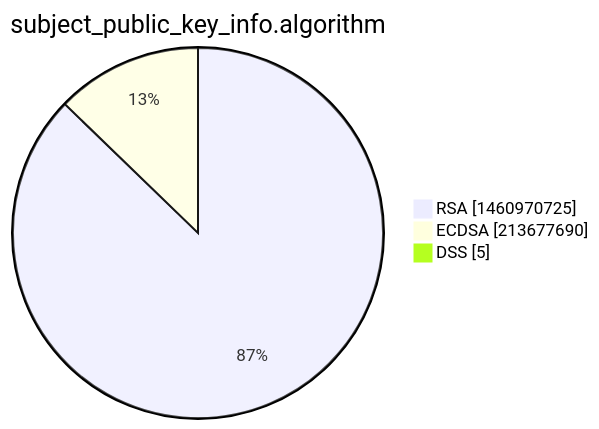
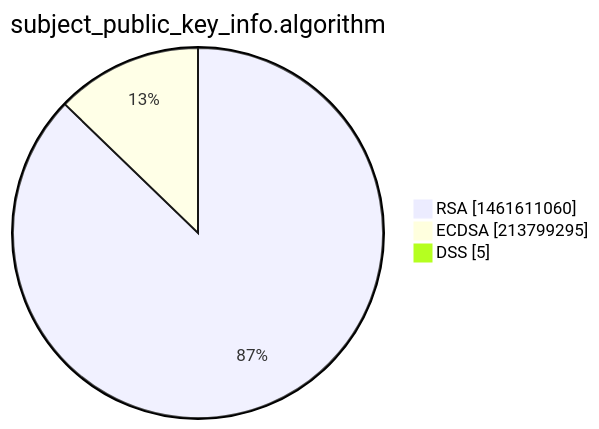
Before and after one commit to christiankrug/ctmonitor_visualization: the third of 15 diagrams in xenon2022/README.md, drawn with Mermaid. The commit also changed other lines of this file, not shown here.

````diff
--- a/xenon2022/README.md
+++ b/xenon2022/README.md
@@ -14,7 +14,7 @@
 ```mermaid
 pie showData
 title subject_public_key_info.algorithm
-"RSA" :1460970725
-"ECDSA" :213677690
+"RSA" :1461611060
+"ECDSA" :213799295
 "DSS" :5
 ```
````
